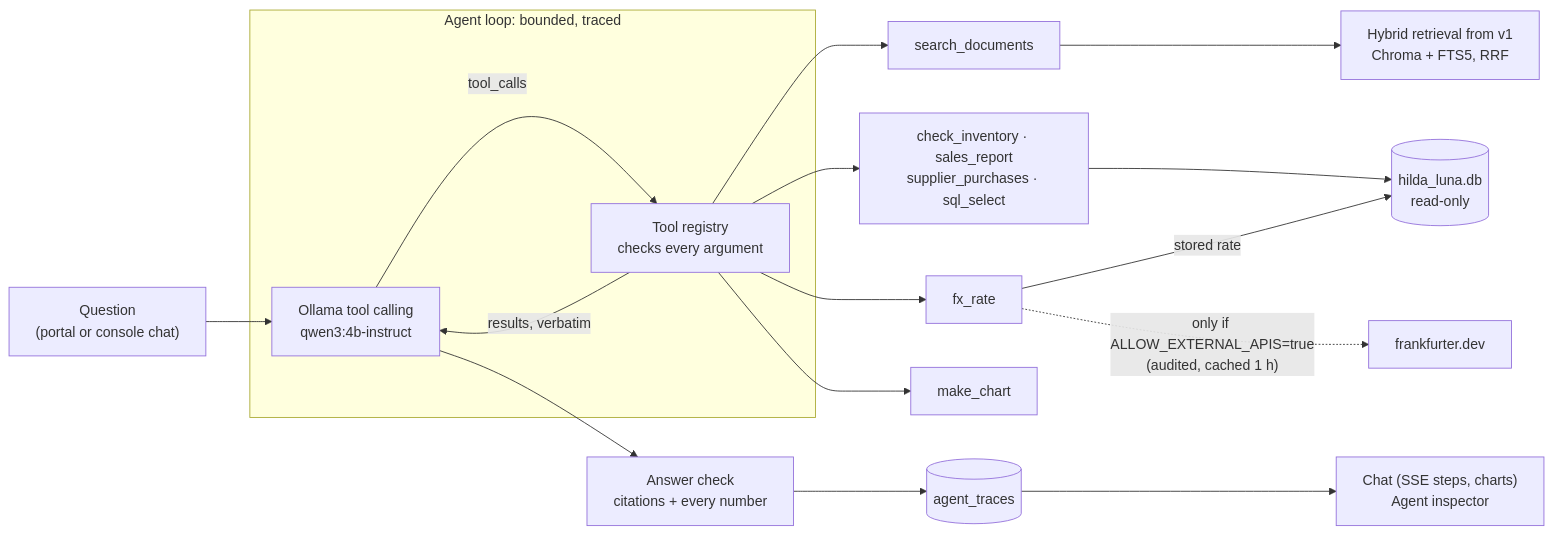
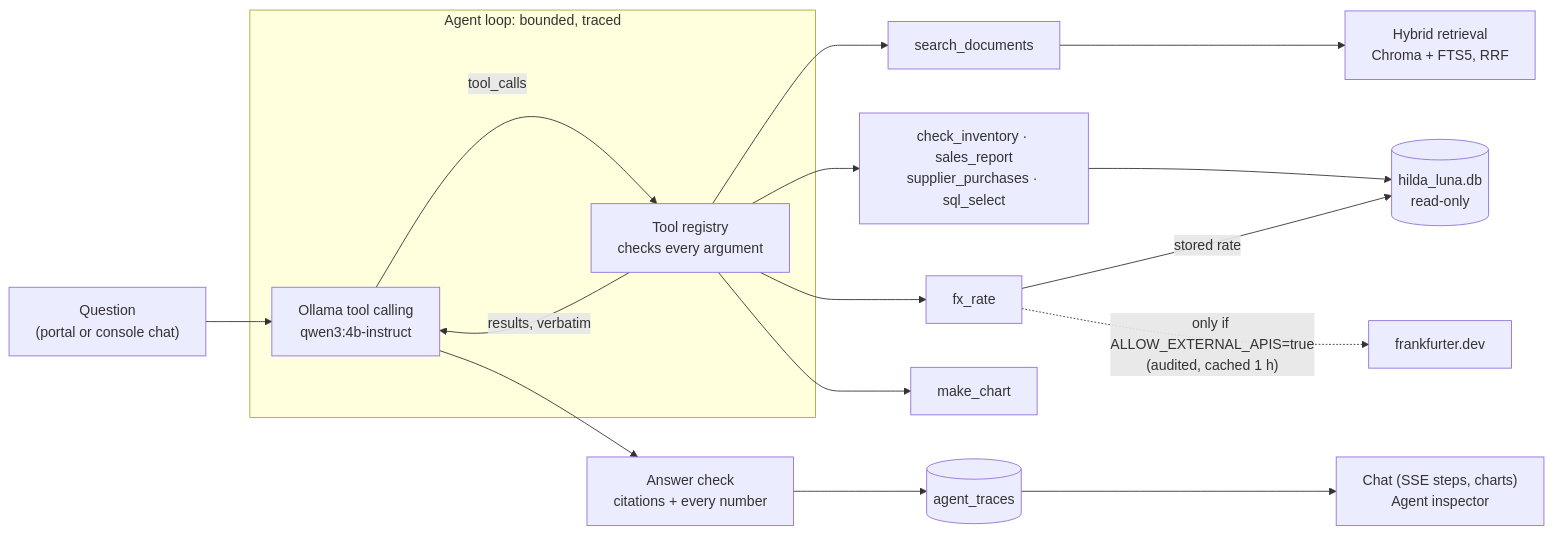
The diagram in README.md (carlosgild-web/luna-hybrid-agent), drawn with Mermaid before and after one commit. The commit also changed other lines of this file and 8 other files, not shown here.

````diff
--- a/README.md
+++ b/README.md
@@ -110,19 +110,19 @@
 ```mermaid
 flowchart LR
     Q["Question<br/>(portal or console chat)"] --> LOOP
     subgraph AG["Agent loop: bounded, traced"]
         LOOP["Ollama tool calling<br/>qwen3:4b-instruct"] -- "tool_calls" --> REG["Tool registry<br/>checks every argument"]
         REG -- "results, verbatim" --> LOOP
     end
     REG --> DOC["search_documents"]
     REG --> BIZ["check_inventory · sales_report<br/>supplier_purchases · sql_select"]
     REG --> FX["fx_rate"]
     REG --> CH["make_chart"]
-    DOC --> RAG["Hybrid retrieval from v1<br/>Chroma + FTS5, RRF"]
+    DOC --> RAG["Hybrid retrieval<br/>Chroma + FTS5, RRF"]
     BIZ --> BDB[("hilda_luna.db<br/>read-only")]
     FX -- "stored rate" --> BDB
     FX -. "only if ALLOW_EXTERNAL_APIS=true<br/>(audited, cached 1 h)" .-> EXT["frankfurter.dev"]
     LOOP --> CHECK["Answer check<br/>citations + every number"]
     CHECK --> TR[("agent_traces")]
     TR --> UI["Chat (SSE steps, charts)<br/>Agent inspector"]
 ```
````
